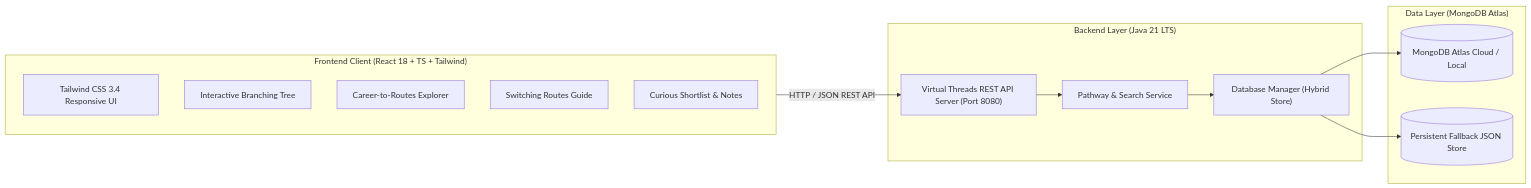
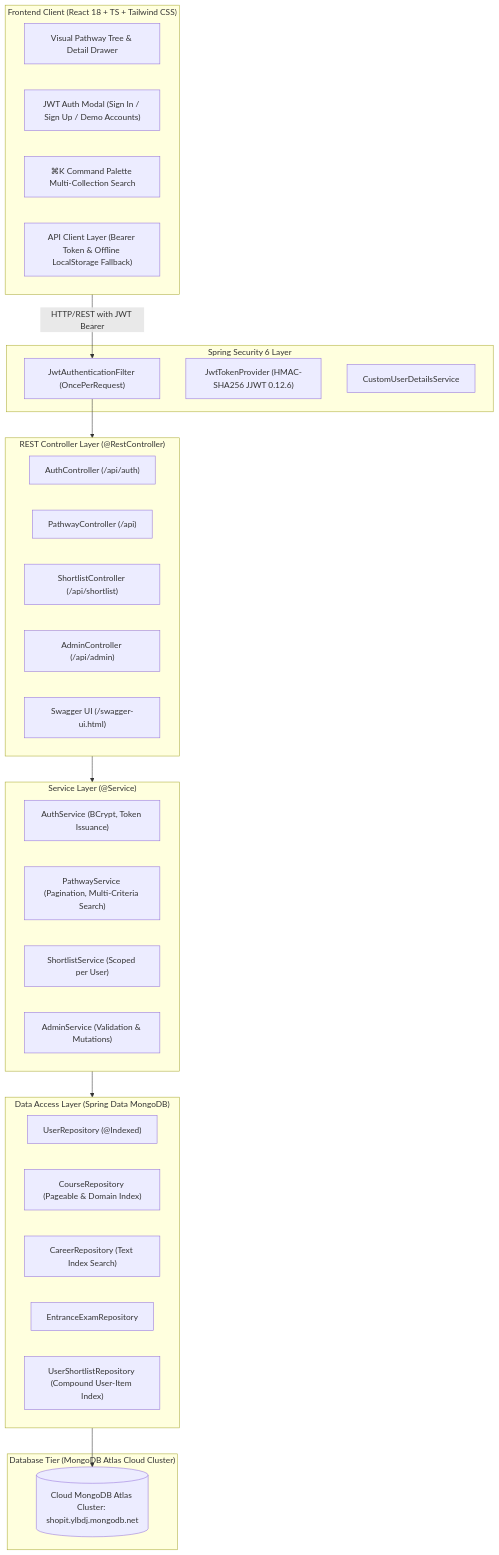
The diagram in README.md (Ravii07-dev/education-pathway-explorer), drawn with Mermaid before and after one commit. The commit also changed other lines of this file and 74 other files, not shown here.

Commit message:
feat(enterprise): complete Spring Boot 3 migration, JWT authentication, Spring Data MongoDB, and JUnit 5 test suite

````diff
--- a/README.md
+++ b/README.md
@@ -32,27 +39,48 @@
 ```mermaid
-flowchart LR
-    subgraph Frontend["Frontend Client (React 18 + TS + Tailwind)"]
-        UI["Tailwind CSS 3.4 Responsive UI"]
-        Tree["Interactive Branching Tree"]
-        Routes["Career-to-Routes Explorer"]
-        Switch["Switching Routes Guide"]
-        Shortlist["Curious Shortlist & Notes"]
+flowchart TD
+    subgraph Client["Frontend Client (React 18 + TS + Tailwind CSS)"]
+        UI["Visual Pathway Tree & Detail Drawer"]
+        AuthUI["JWT Auth Modal (Sign In / Sign Up / Demo Accounts)"]
+        SearchUI["⌘K Command Palette Multi-Collection Search"]
+        APISvc["API Client Layer (Bearer Token & Offline LocalStorage Fallback)"]
     end
 
-    subgraph Backend["Backend Layer (Java 21 LTS)"]
-        API["Virtual Threads REST API Server (Port 8080)"]
-        Service["Pathway & Search Service"]
-        DBMgr["Database Manager (Hybrid Store)"]
+    subgraph Security["Spring Security 6 Layer"]
+        Filter["JwtAuthenticationFilter (OncePerRequest)"]
+        TokenProvider["JwtTokenProvider (HMAC-SHA256 JJWT 0.12.6)"]
+        UserDetailsService["CustomUserDetailsService"]
     end
 
-    subgraph Database["Data Layer (MongoDB Atlas)"]
-        Mongo[("MongoDB Atlas Cloud / Local")]
-        JSON[("Persistent Fallback JSON Store")]
+    subgraph Controllers["REST Controller Layer (@RestController)"]
+        AuthCtrl["AuthController (/api/auth)"]
+        PathwayCtrl["PathwayController (/api)"]
+        ShortlistCtrl["ShortlistController (/api/shortlist)"]
+        AdminCtrl["AdminController (/api/admin)"]
+        OpenAPICtrl["Swagger UI (/swagger-ui.html)"]
     end
 
-    Frontend -->|HTTP / JSON REST API| API
-    API --> Service
-    Service --> DBMgr
-    DBMgr --> Mongo
-    DBMgr --> JSON
+    subgraph Services["Service Layer (@Service)"]
+        AuthSvc["AuthService (BCrypt, Token Issuance)"]
+        PathwaySvc["PathwayService (Pagination, Multi-Criteria Search)"]
+        ShortlistSvc["ShortlistService (Scoped per User)"]
+        AdminSvc["AdminService (Validation & Mutations)"]
+    end
+
+    subgraph Repositories["Data Access Layer (Spring Data MongoDB)"]
+        UserRepo["UserRepository (@Indexed)"]
+        CourseRepo["CourseRepository (Pageable & Domain Index)"]
+        CareerRepo["CareerRepository (Text Index Search)"]
+        ExamRepo["EntranceExamRepository"]
+        ShortlistRepo["UserShortlistRepository (Compound User-Item Index)"]
+    end
+
+    subgraph Database["Database Tier (MongoDB Atlas Cloud Cluster)"]
+        Atlas[("Cloud MongoDB Atlas Cluster: shopit.ylbdj.mongodb.net")]
+    end
+
+    Client -->|HTTP/REST with JWT Bearer| Filter
+    Filter --> Controllers
+    Controllers --> Services
+    Services --> Repositories
+    Repositories --> Atlas
 ```
````
